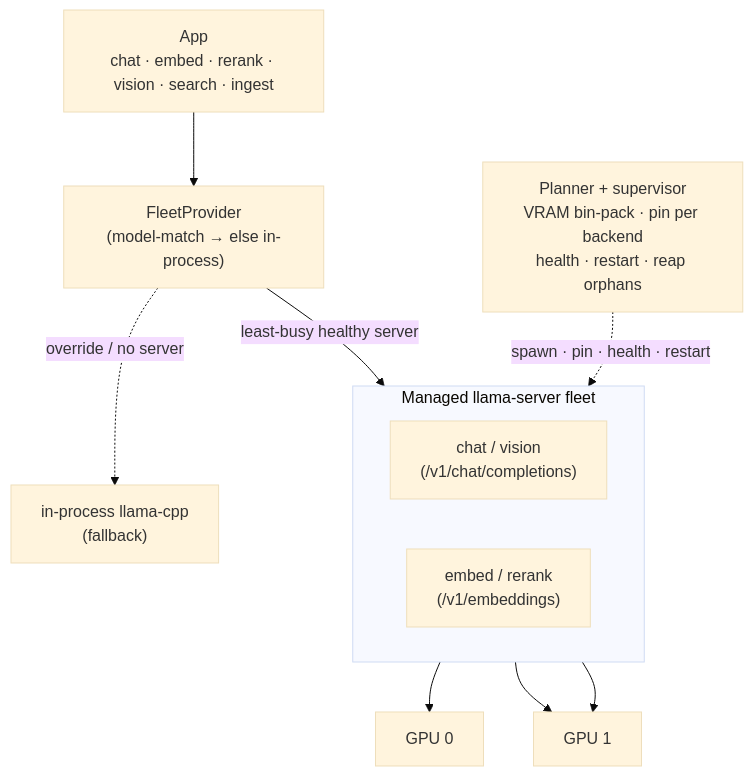
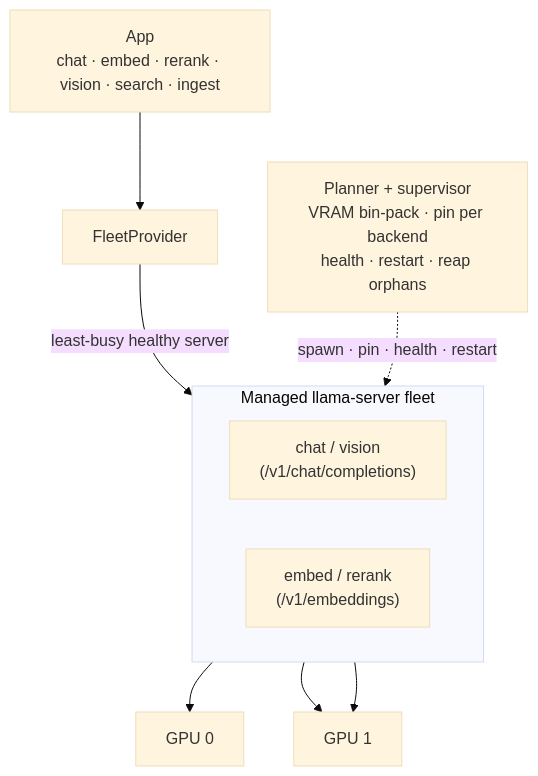
One commit to tobocop2/lilbee changed the third of 5 diagrams in docs/architecture.md. Above: the diagram before and after it, drawn with Mermaid (base theme). The commit also changed other lines of this file, not shown here.

First line of the commit message:
docs: describe the llama-server engine, drop in-process/sidecar framing

````diff
--- a/docs/architecture.md
+++ b/docs/architecture.md
@@ -142,23 +139,21 @@
 ```mermaid
 flowchart TD
     APP["App<br/>chat · embed · rerank · vision · search · ingest"]
-    FP["FleetProvider<br/>(model-match → else in-process)"]
-    LOCAL["in-process llama-cpp<br/>(fallback)"]
+    FP["FleetProvider"]
     SUP["Planner + supervisor<br/>VRAM bin-pack · pin per backend<br/>health · restart · reap orphans"]
 
     APP --> FP
     FP -->|"least-busy healthy server"| FLEET
-    FP -. "override / no server" .-> LOCAL
 
     subgraph FLEET["Managed llama-server fleet"]
         direction LR
         CS["chat / vision<br/>(/v1/chat/completions)"]
         ES["embed / rerank<br/>(/v1/embeddings)"]
     end
 
     SUP -. "spawn · pin · health · restart" .-> FLEET
 
     CS --> G0["GPU 0"]
     CS --> G1["GPU 1"]
     ES --> G1
 ```
````
